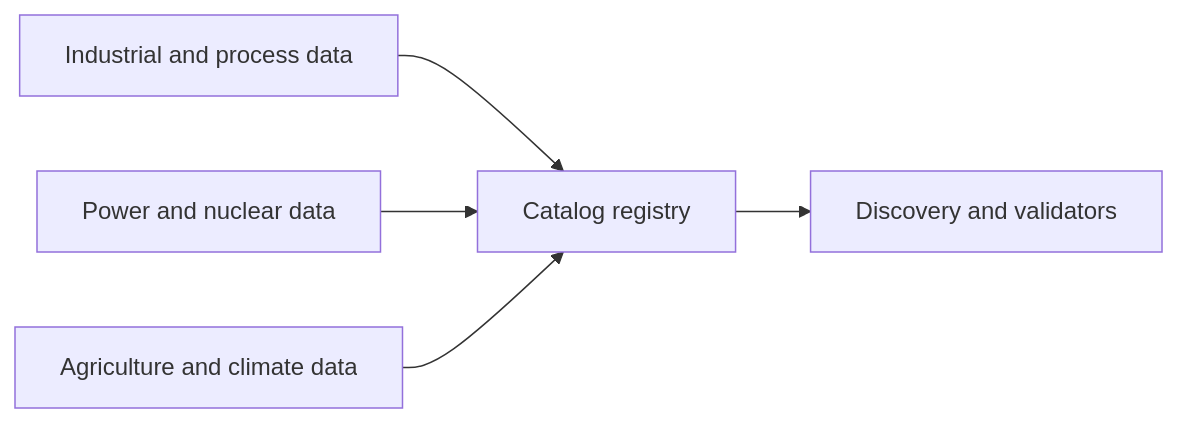
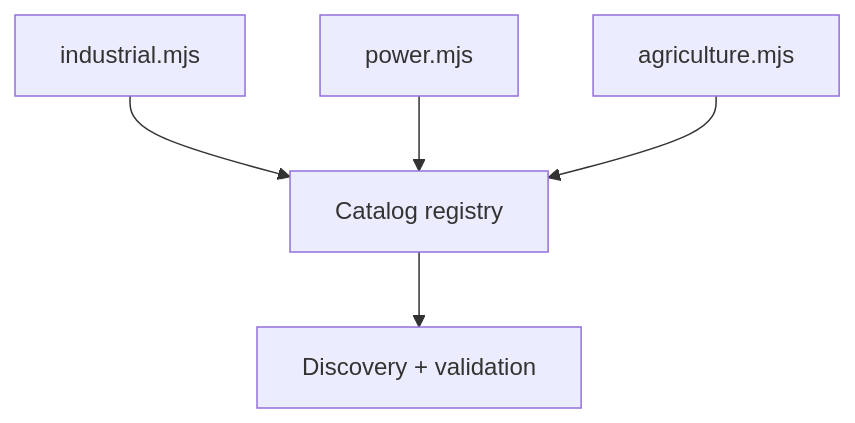
The diagram in software/cadagent/webkit/scada/ui/src/catalog/definitions/README.md (Valpatel/cad-agent), drawn with Mermaid before and after one commit. The commit also changed 27 other files, not shown here.

````diff
--- a/software/cadagent/webkit/scada/ui/src/catalog/definitions/README.md
+++ b/software/cadagent/webkit/scada/ui/src/catalog/definitions/README.md
@@ -11,7 +11,7 @@
 ```mermaid
-flowchart LR
-  industrial[Industrial and process data] --> registry[Catalog registry]
-  power[Power and nuclear data] --> registry
-  agriculture[Agriculture and climate data] --> registry
-  registry --> discovery[Discovery and validators]
+flowchart TD
+  Industrial["industrial.mjs"] --> Registry["Catalog registry"]
+  Power["power.mjs"] --> Registry
+  Agriculture["agriculture.mjs"] --> Registry
+  Registry --> Discovery["Discovery + validation"]
 ```
````
